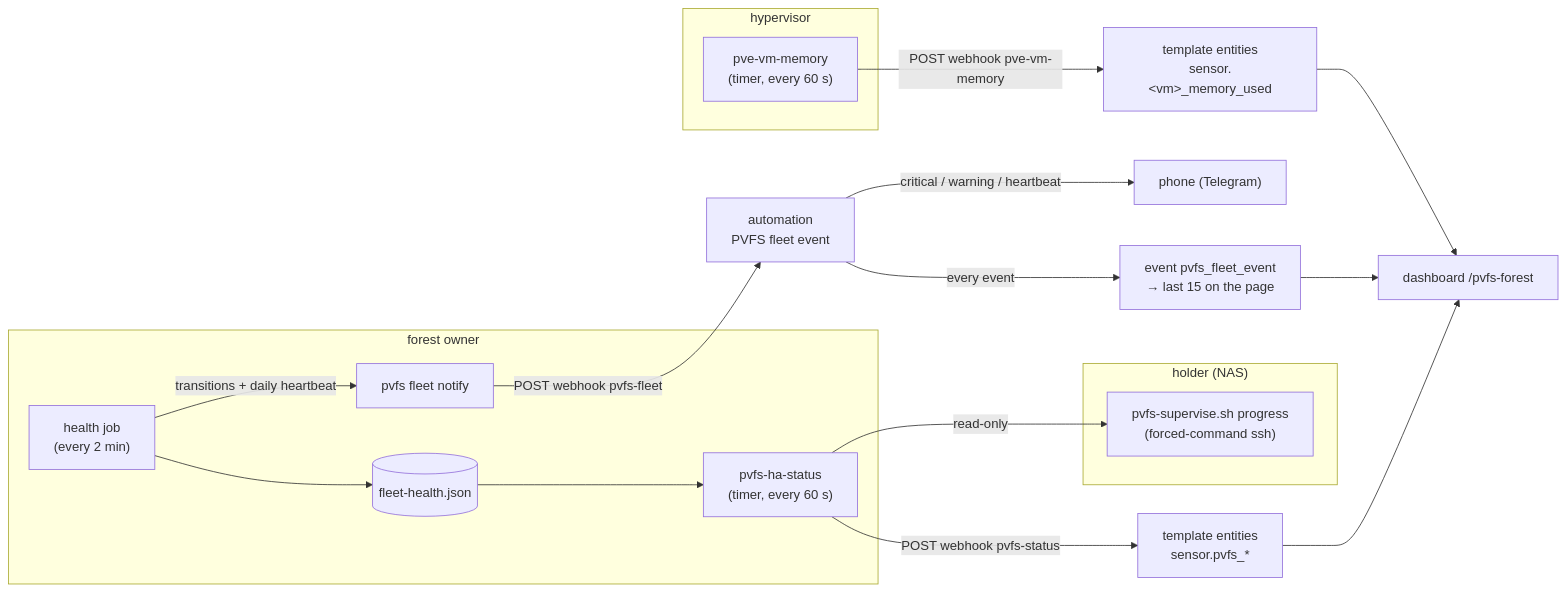
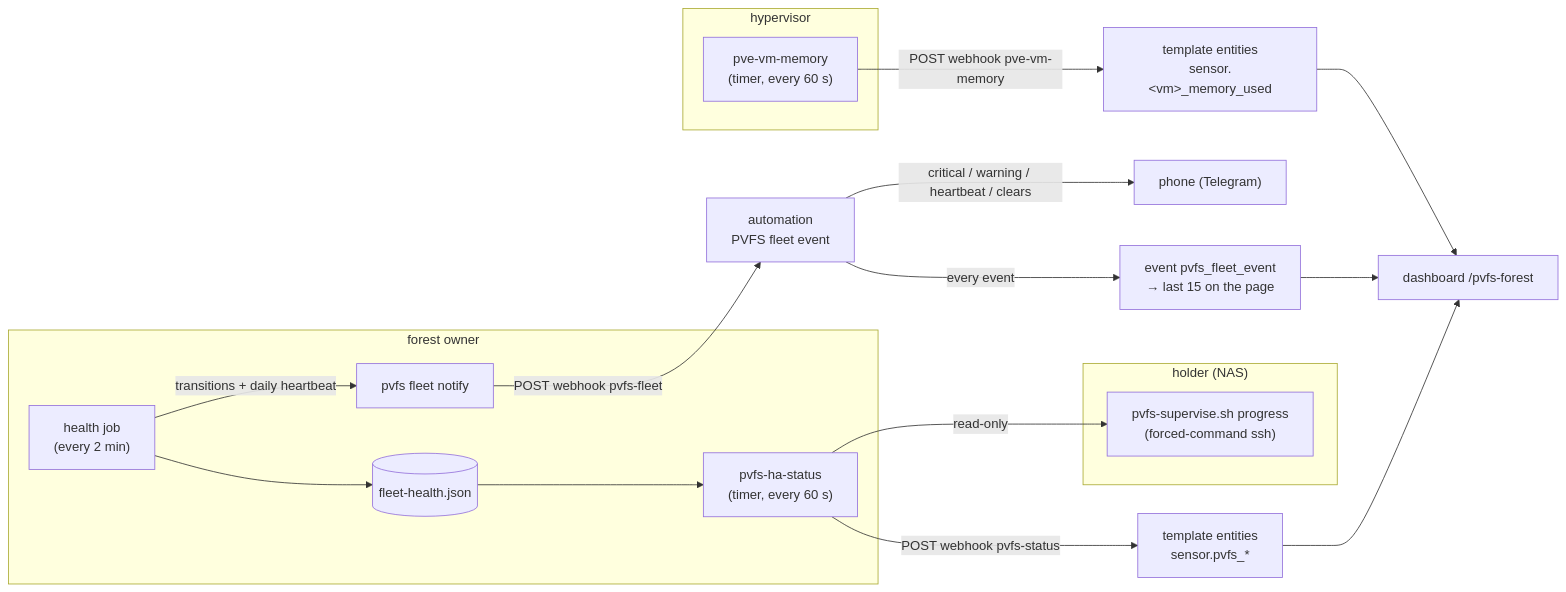
One commit to christcb03/phrasevault changed the diagram in docs/30-monitoring-the-fleet.md. Above: the diagram before and after it, drawn with Mermaid. The commit also changed other lines of this file and 5 other files, not shown here.

````diff
--- a/docs/30-monitoring-the-fleet.md
+++ b/docs/30-monitoring-the-fleet.md
@@ -152,23 +153,23 @@
 ```mermaid
 flowchart LR
   subgraph owner["forest owner"]
     H["health job<br/>(every 2 min)"] -->|transitions + daily heartbeat| N["pvfs fleet notify"]
     C["pvfs-ha-status<br/>(timer, every 60 s)"]
     H --> FH[("fleet-health.json")] --> C
   end
   subgraph holder["holder (NAS)"]
     P["pvfs-supervise.sh progress<br/>(forced-command ssh)"]
   end
   C -->|read-only| P
   subgraph pve["hypervisor"]
     V["pve-vm-memory<br/>(timer, every 60 s)"]
   end
   N -->|POST webhook pvfs-fleet| A["automation<br/>PVFS fleet event"]
   C -->|POST webhook pvfs-status| T["template entities<br/>sensor.pvfs_*"]
   V -->|POST webhook pve-vm-memory| M["template entities<br/>sensor.&lt;vm&gt;_memory_used"]
-  A -->|critical / warning / heartbeat| TG["phone (Telegram)"]
+  A -->|critical / warning / heartbeat / clears| TG["phone (Telegram)"]
   A -->|every event| E["event pvfs_fleet_event<br/>→ last 15 on the page"]
   T --> D["dashboard /pvfs-forest"]
   M --> D
   E --> D
 ```
````
